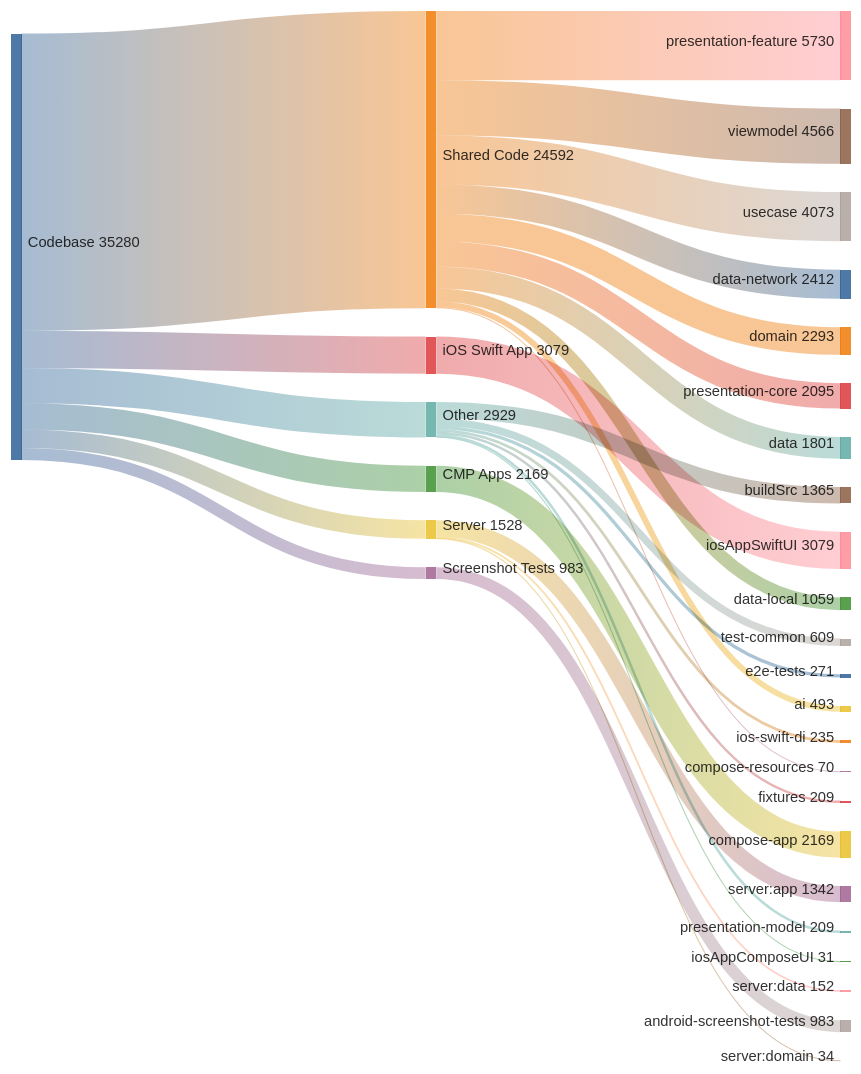
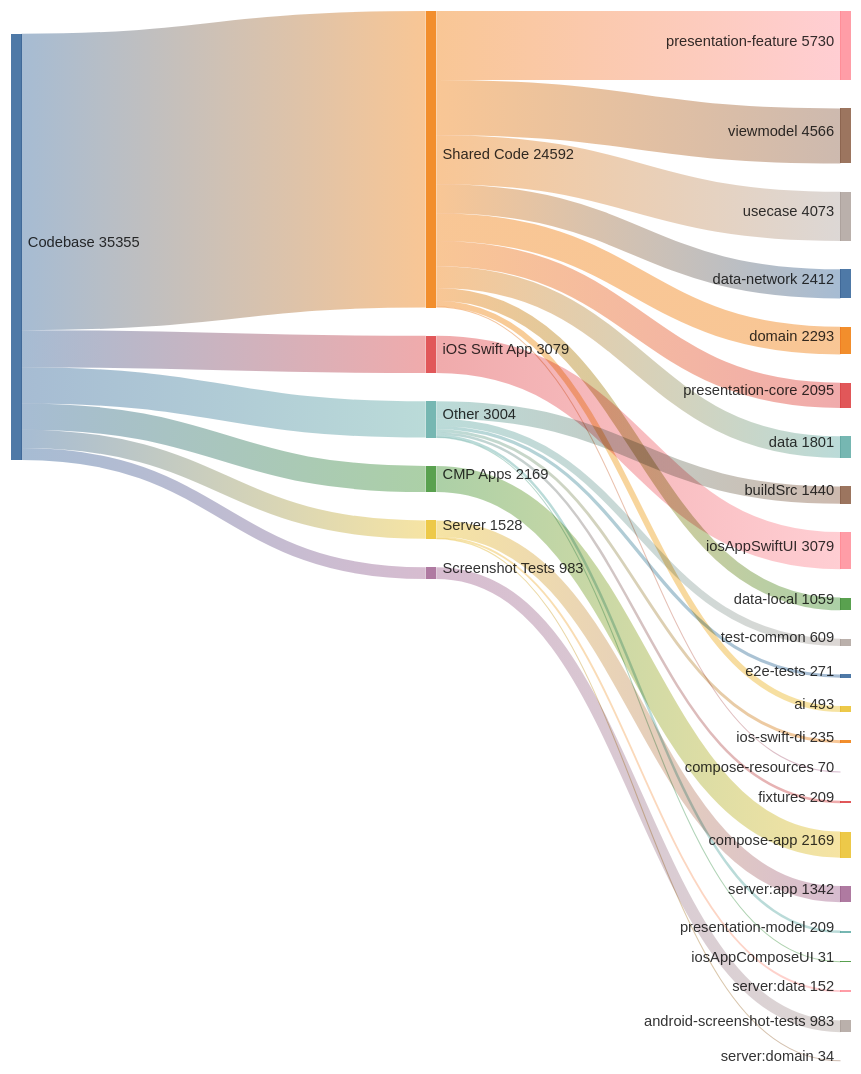
The diagram in docs/CODE_ANALYSIS.md (cartland/battery-butler), drawn with Mermaid before and after one commit. The commit also changed other lines of this file, not shown here.

Commit message:
docs(generated): Regenerate architecture diagrams and analysis (#881)

````diff
--- a/docs/CODE_ANALYSIS.md
+++ b/docs/CODE_ANALYSIS.md
@@ -41,49 +41,49 @@
 ```mermaid
 ---
 config:
   sankey:
     showValues: true
     width: 800
     height: 1000
     nodeAlignment: justify
     linkColor: gradient
 ---
 sankey-beta
 
 Codebase,Shared Code,24592
 Codebase,iOS Swift App,3079
-Codebase,Other,2929
+Codebase,Other,3004
 Codebase,CMP Apps,2169
 Codebase,Server,1528
 Codebase,Screenshot Tests,983
 
 Shared Code,presentation-feature,5730
 Shared Code,viewmodel,4566
 Shared Code,usecase,4073
 Shared Code,data-network,2412
 Shared Code,domain,2293
 Shared Code,presentation-core,2095
 Shared Code,data,1801
 Shared Code,data-local,1059
 Shared Code,ai,493
 Shared Code,compose-resources,70
 
 iOS Swift App,iosAppSwiftUI,3079
 
-Other,buildSrc,1365
+Other,buildSrc,1440
 Other,test-common,609
 Other,e2e-tests,271
 Other,ios-swift-di,235
 Other,fixtures,209
 Other,presentation-model,209
 Other,iosAppComposeUI,31
 
 CMP Apps,compose-app,2169
 
 Server,server:app,1342
 Server,server:data,152
 Server,server:domain,34
 
 Screenshot Tests,android-screenshot-tests,983
 
 ```
````
